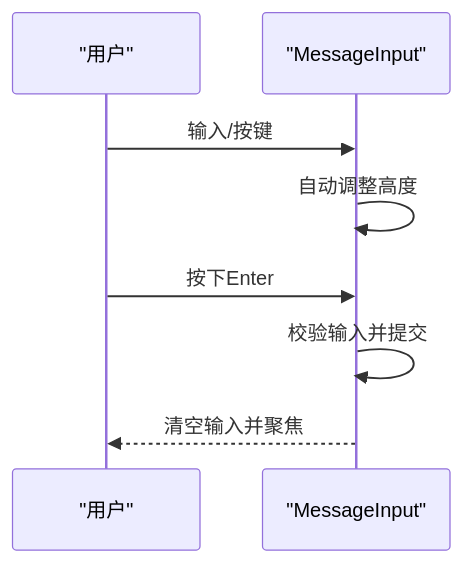
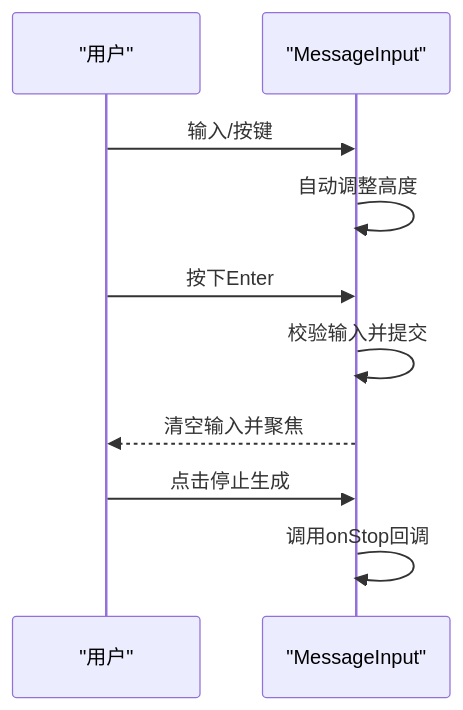
Before and after one commit to KunLabAI/KunFlix: the seventh of 13 diagrams in .qoder/repowiki/zh/content/前端组件系统/AI助手组件/AI助手面板.md, drawn with Mermaid. The commit also changed other lines of this file and 15 other files, not shown here.

````diff
--- a/.qoder/repowiki/zh/content/前端组件系统/AI助手组件/AI助手面板.md
+++ b/.qoder/repowiki/zh/content/前端组件系统/AI助手组件/AI助手面板.md
@@ -292,10 +310,12 @@
 ```mermaid
 sequenceDiagram
 participant U as "用户"
 participant I as "MessageInput"
 U->>I : 输入/按键
 I->>I : 自动调整高度
 U->>I : 按下Enter
 I->>I : 校验输入并提交
 I-->>U : 清空输入并聚焦
+U->>I : 点击停止生成
+I->>I : 调用onStop回调
 ```
````
